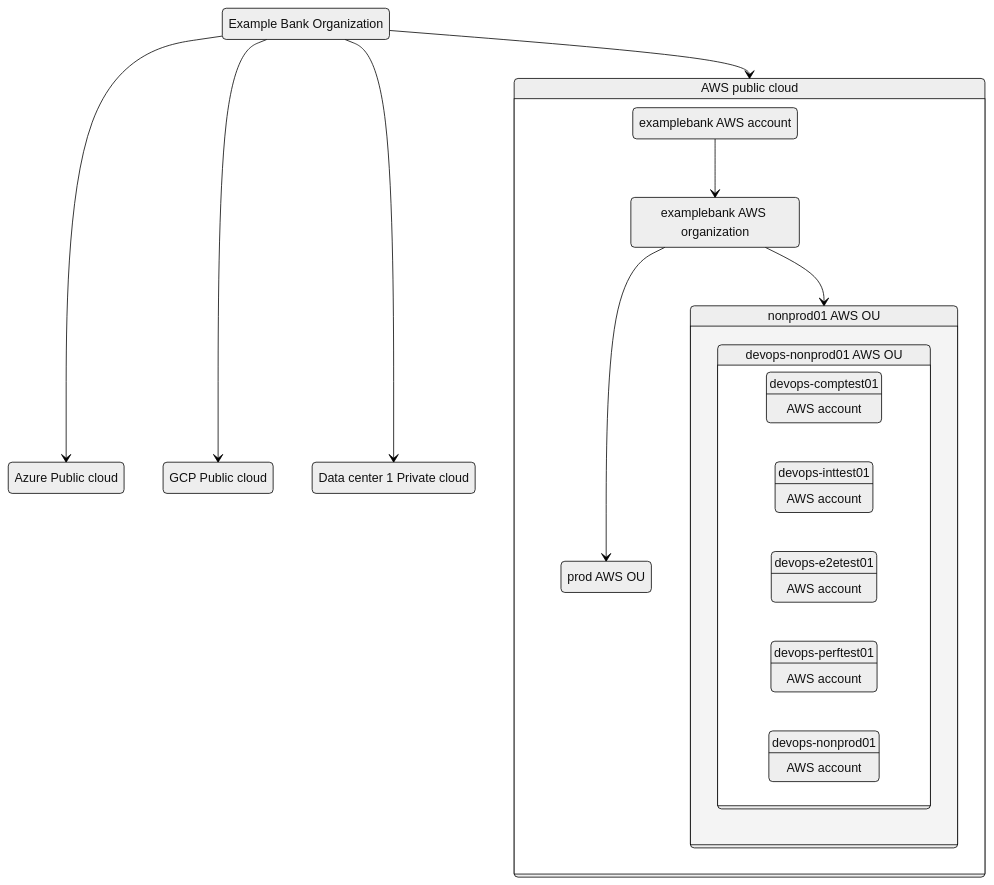
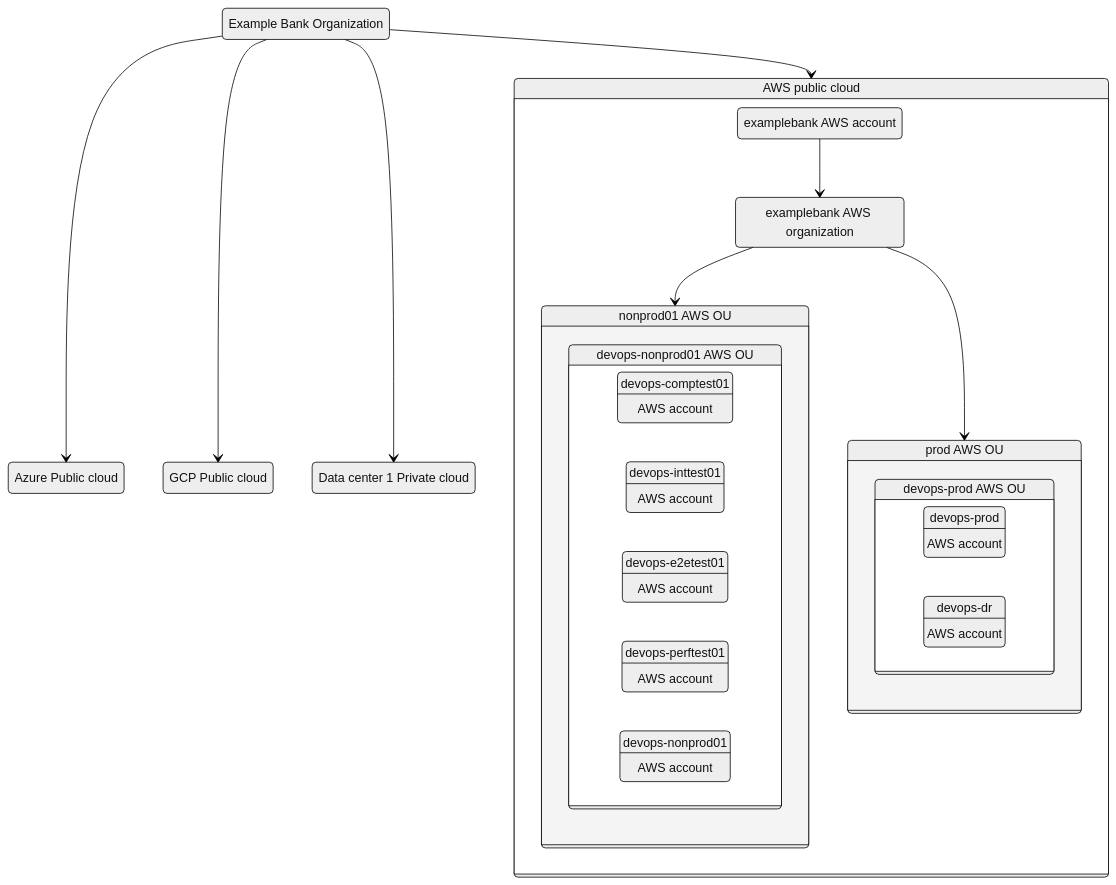
The diagram in mermaid_test.md (sagarvelankar/tutorials), drawn with Mermaid (neutral theme) before and after one commit.

````diff
--- a/mermaid_test.md
+++ b/mermaid_test.md
@@ -1,38 +1,48 @@
 ```mermaid
 stateDiagram-v2
     classDef badBadEvent fill : #f00,color:white,font-weight:bold,stroke-width:2px,stroke:yellow
     example_bank_organization : Example Bank Organization
     aws_public_cloud : AWS public cloud
     example_bank_organization --> aws_public_cloud
     state aws_public_cloud {
         examplebank_aws_account : examplebank AWS account
         examplebank_aws_organization : examplebank AWS organization
         examplebank_aws_account --> examplebank_aws_organization
         nonprod01_aws_ou : nonprod01 AWS OU
         examplebank_aws_organization --> nonprod01_aws_ou
         state nonprod01_aws_ou {
             devops_nonprod01_aws_ou : devops-nonprod01 AWS OU
             state devops_nonprod01_aws_ou {
                 direction LR
                 devops_comptest01_aws_account : devops-comptest01
                 devops_comptest01_aws_account : AWS account
                 devops_inttest01_aws_account : devops-inttest01
                 devops_inttest01_aws_account : AWS account
                 devops_e2etest01_aws_account : devops-e2etest01
                 devops_e2etest01_aws_account : AWS account
                 devops_perftest01_aws_account : devops-perftest01
                 devops_perftest01_aws_account : AWS account
                 devops_nonprod01_aws_account : devops-nonprod01
                 devops_nonprod01_aws_account : AWS account
             }
         }
         prod_aws_ou : prod AWS OU
         examplebank_aws_organization --> prod_aws_ou
+        state prod_aws_ou {
+            devops_prod_aws_ou : devops-prod AWS OU
+            state devops_prod_aws_ou {
+                direction LR
+                devops_prod_aws_account : devops-prod
+                devops_prod_aws_account : AWS account
+                devops_dr_aws_account : devops-dr
+                devops_dr_aws_account : AWS account            
+            }
+        }
     }
     azure_public_cloud : Azure Public cloud
     example_bank_organization --> azure_public_cloud
     gcp_public_cloud : GCP Public cloud
     example_bank_organization --> gcp_public_cloud
     data_center_1_private_cloud : Data center 1 Private cloud
     example_bank_organization --> data_center_1_private_cloud
 ```
````
